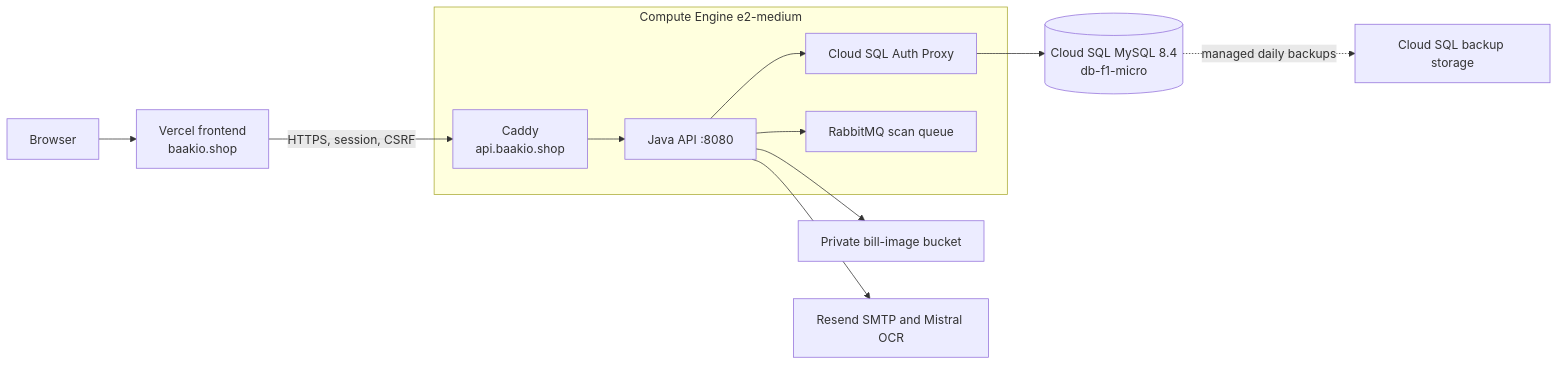
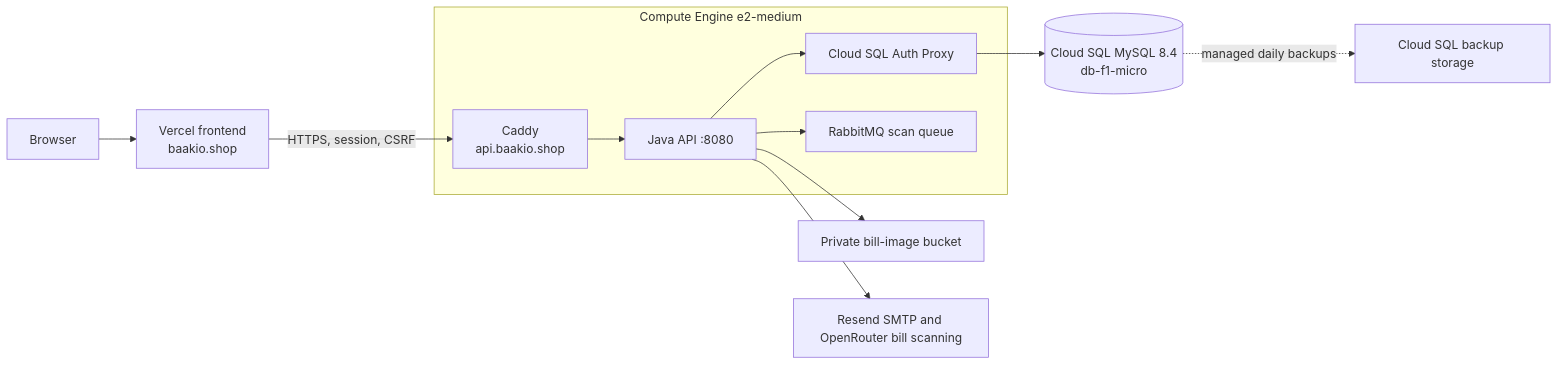
The diagram in deploy/vm/README.md (sanjaygupta45/baakio-backend), drawn with Mermaid before and after one commit. The commit also changed other lines of this file and 9 other files, not shown here.

First line of the commit message:
Integrate OpenRouter for bill scanning

````diff
--- a/deploy/vm/README.md
+++ b/deploy/vm/README.md
@@ -7,14 +7,14 @@
 ```mermaid
 flowchart LR
   B[Browser] --> V[Vercel frontend<br/>baakio.shop]
   V -->|HTTPS, session, CSRF| C[Caddy<br/>api.baakio.shop]
   subgraph VM[Compute Engine e2-medium]
     C --> A[Java API :8080]
     A --> P[Cloud SQL Auth Proxy]
     A --> R[RabbitMQ scan queue]
   end
   P --> M[(Cloud SQL MySQL 8.4<br/>db-f1-micro)]
   A --> G[Private bill-image bucket]
-  A --> X[Resend SMTP and Mistral OCR]
+  A --> X[Resend SMTP and OpenRouter bill scanning]
   M -. managed daily backups .-> K[Cloud SQL backup storage]
 ```
````
